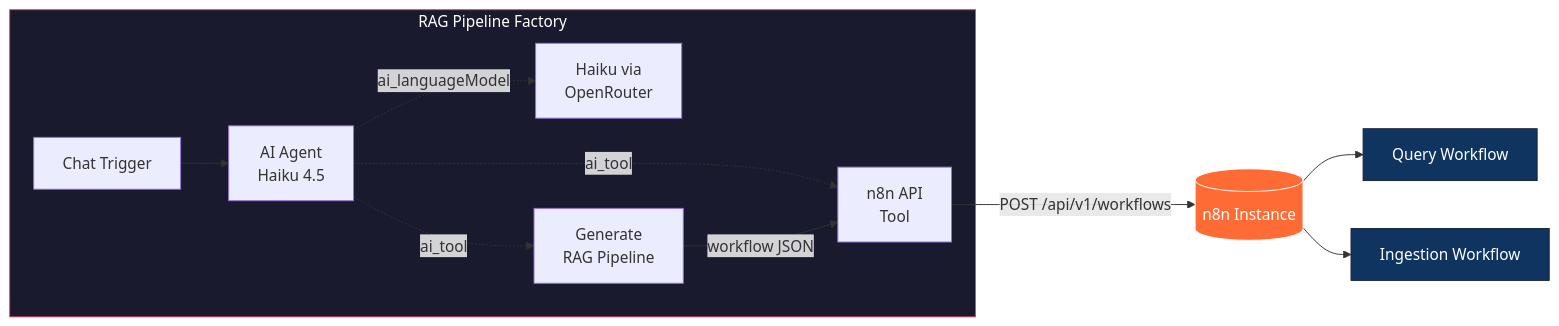
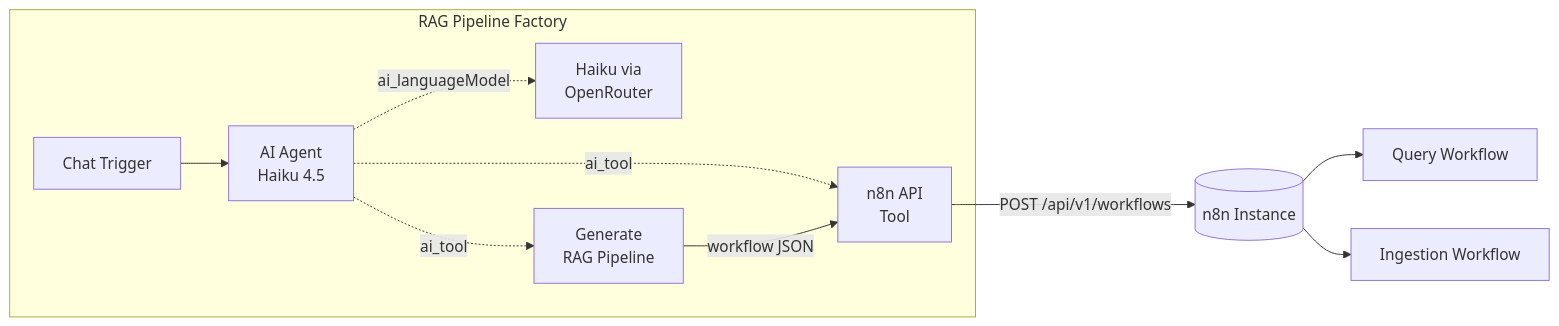
Before and after one commit to mj-deving/rag-pipeline-factory: the first of 4 diagrams in README.md, drawn with Mermaid. The commit also changed other lines of this file, not shown here.

Commit message:
docs: remove custom colors from Mermaid diagrams

````diff
--- a/README.md
+++ b/README.md
@@ -80,19 +80,15 @@
 ```mermaid
 graph LR
     subgraph Factory["RAG Pipeline Factory"]
         CT[Chat Trigger] --> Agent[AI Agent<br/>Haiku 4.5]
         Agent -.->|ai_languageModel| LLM[Haiku via<br/>OpenRouter]
         Agent -.->|ai_tool| Gen[Generate<br/>RAG Pipeline]
         Agent -.->|ai_tool| API[n8n API<br/>Tool]
     end
 
     Gen -->|workflow JSON| API
     API -->|POST /api/v1/workflows| n8n[(n8n Instance)]
     n8n --> QW[Query Workflow]
     n8n --> IW[Ingestion Workflow]
 
-    style Factory fill:#1a1a2e,stroke:#e94560,color:#fff
-    style QW fill:#0f3460,stroke:#16213e,color:#fff
-    style IW fill:#0f3460,stroke:#16213e,color:#fff
-    style n8n fill:#ff6b35,stroke:#fff,color:#fff
 ```
````
